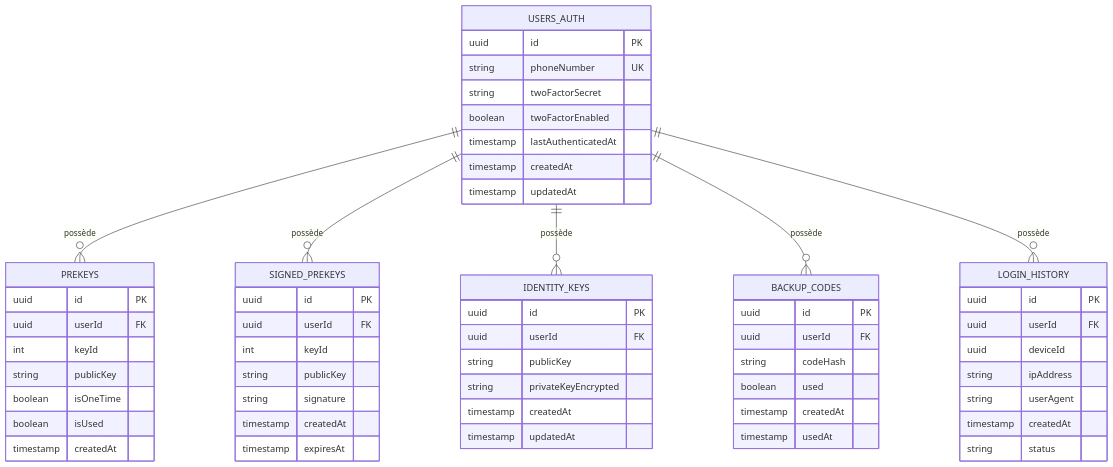
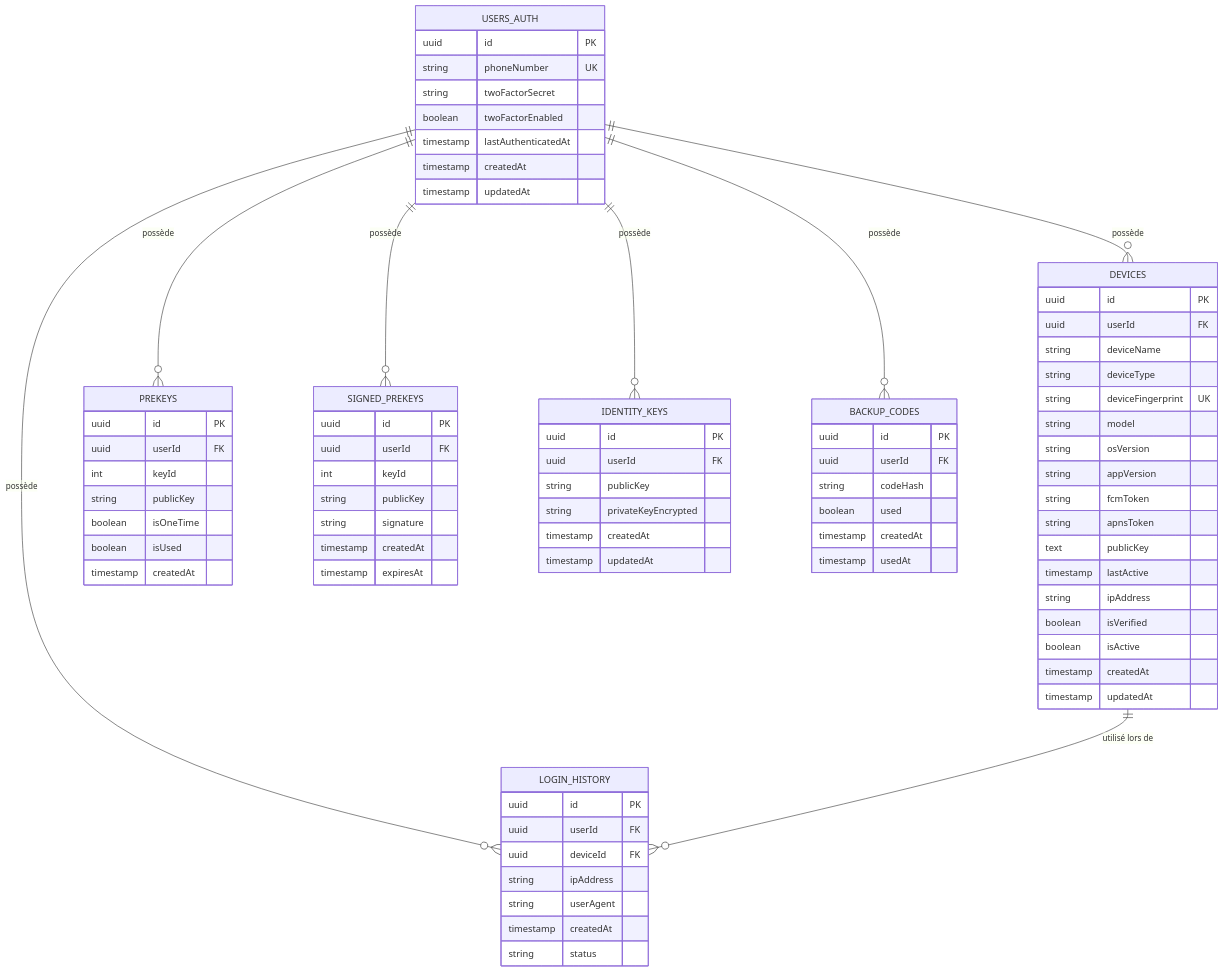
The first of 4 diagrams in documentation/1_architecture/2_database_design.md (whispr-messenger/auth-service), drawn with Mermaid before and after one commit. The commit also changed other lines of this file, not shown here.

````diff
--- a/documentation/1_architecture/2_database_design.md
+++ b/documentation/1_architecture/2_database_design.md
@@ -53,10 +53,12 @@
 ```mermaid
 erDiagram
+    USERS_AUTH ||--o{ DEVICES : "possède"
     USERS_AUTH ||--o{ PREKEYS : "possède"
     USERS_AUTH ||--o{ SIGNED_PREKEYS : "possède"
     USERS_AUTH ||--o{ IDENTITY_KEYS : "possède"
     USERS_AUTH ||--o{ BACKUP_CODES : "possède"
     USERS_AUTH ||--o{ LOGIN_HISTORY : "possède"
+    DEVICES ||--o{ LOGIN_HISTORY : "utilisé lors de"
     
     USERS_AUTH {
         uuid id PK
@@ -67,6 +69,27 @@
         timestamp createdAt
         timestamp updatedAt
     }
+    
+    DEVICES {
+        uuid id PK
+        uuid userId FK
+        string deviceName
+        string deviceType
+        string deviceFingerprint UK
+        string model
+        string osVersion
+        string appVersion
+        string fcmToken
+        string apnsToken
+        text publicKey
+        timestamp lastActive
+        string ipAddress
+        boolean isVerified
+        boolean isActive
+        timestamp createdAt
+        timestamp updatedAt
+    }
+    
     PREKEYS {
         uuid id PK
         uuid userId FK
@@ -76,6 +99,7 @@
         boolean isUsed
         timestamp createdAt
     }
+    
     SIGNED_PREKEYS {
         uuid id PK
         uuid userId FK
@@ -85,6 +109,7 @@
         timestamp createdAt
         timestamp expiresAt
     }
+    
     IDENTITY_KEYS {
         uuid id PK
         uuid userId FK
@@ -93,6 +118,7 @@
         timestamp createdAt
         timestamp updatedAt
     }
+    
     BACKUP_CODES {
         uuid id PK
         uuid userId FK
@@ -101,10 +127,11 @@
         timestamp createdAt
         timestamp usedAt
     }
+    
     LOGIN_HISTORY {
         uuid id PK
         uuid userId FK
-        uuid deviceId
+        uuid deviceId FK
         string ipAddress
         string userAgent
         timestamp createdAt
````
